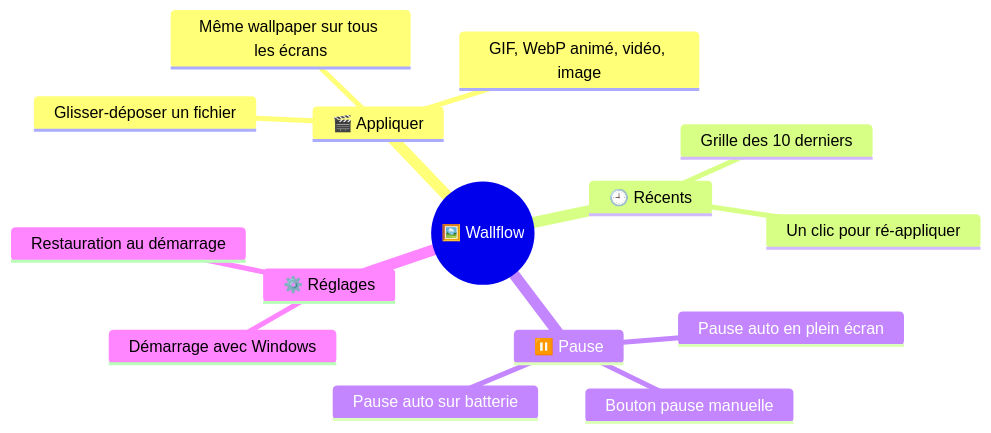
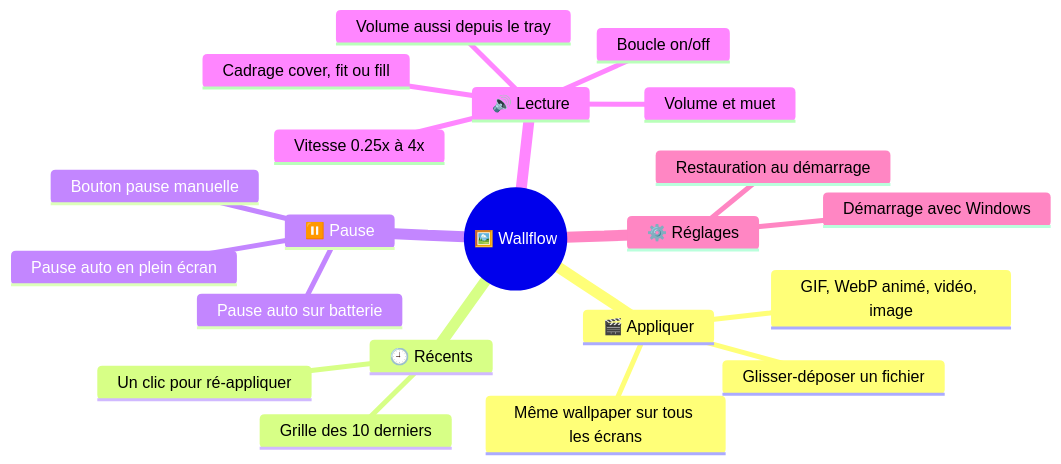
Before and after one commit to KevinT78/wallflow: the first of 4 diagrams in docs/VUE-PRODUIT.md, drawn with Mermaid. The commit also changed other lines of this file and 2 other files, not shown here.

Commit message:
docs: sync reglages de lecture (glossaire, vue produit, architecture)

````diff
--- a/docs/VUE-PRODUIT.md
+++ b/docs/VUE-PRODUIT.md
@@ -22,18 +22,24 @@
 ```mermaid
 mindmap
   root((🖼️ Wallflow))
     🎬 Appliquer
       Glisser-déposer un fichier
       GIF, WebP animé, vidéo, image
       Même wallpaper sur tous les écrans
     🕘 Récents
       Grille des 10 derniers
       Un clic pour ré-appliquer
     ⏸️ Pause
       Bouton pause manuelle
       Pause auto en plein écran
       Pause auto sur batterie
+    🔊 Lecture
+      Volume et muet
+      Cadrage cover, fit ou fill
+      Boucle on/off
+      Vitesse 0.25x à 4x
+      Volume aussi depuis le tray
     ⚙️ Réglages
       Démarrage avec Windows
       Restauration au démarrage
 ```
````
